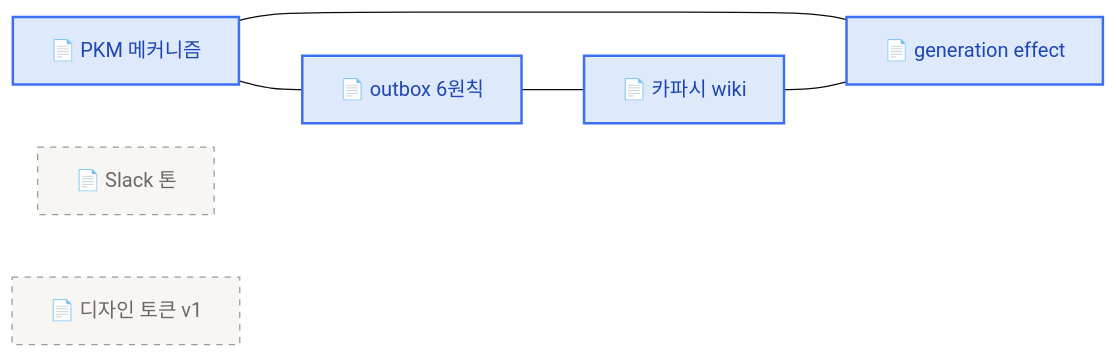
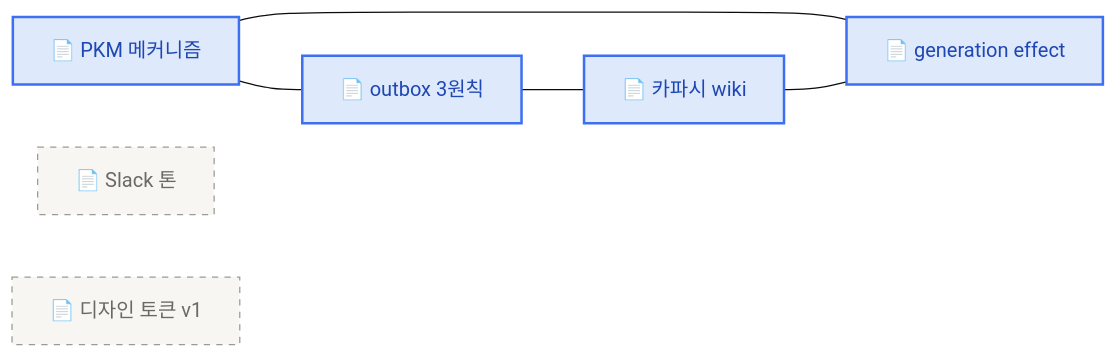
Before and after one commit to imakerjun/ai-learning-agent-workshop: the first of 2 diagrams in content/retrieve.mdx, drawn with Mermaid (base theme). The commit also changed 5 other files, not shown here.

````diff
--- a/content/retrieve.mdx
+++ b/content/retrieve.mdx
@@ -63,19 +63,19 @@
 ```mermaid
 flowchart LR
     A["📄 PKM 메커니즘"]
-    B["📄 outbox 6원칙"]
+    B["📄 outbox 3원칙"]
     C["📄 카파시 wiki"]
     D["📄 generation effect"]
     E["📄 Slack 톤"]
     F["📄 디자인 토큰 v1"]
 
     A --- B
     B --- C
     A --- D
     C --- D
 
     classDef connected fill:#dee9fb,stroke:#3d6ff2,stroke-width:2px,color:#1f47b3
     classDef isolated fill:#f7f6f3,stroke:#9b9a97,stroke-dasharray:5,color:#6b6964
     class A,B,C,D connected
     class E,F isolated
 ```
````
